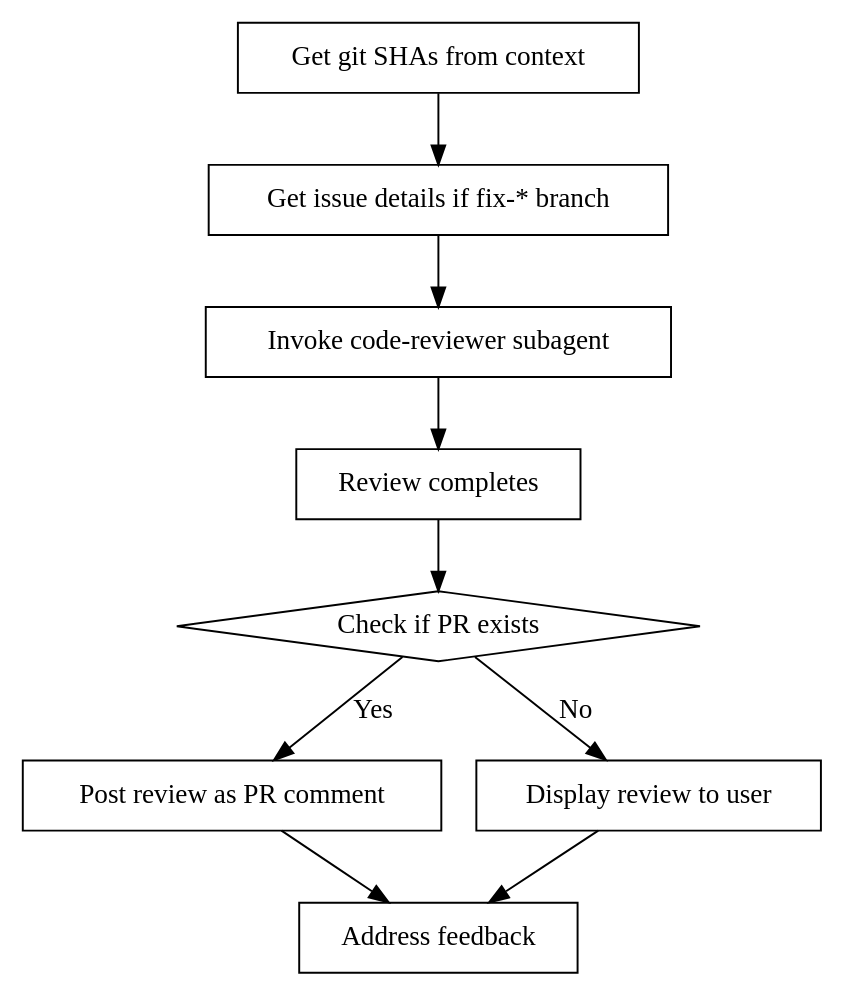
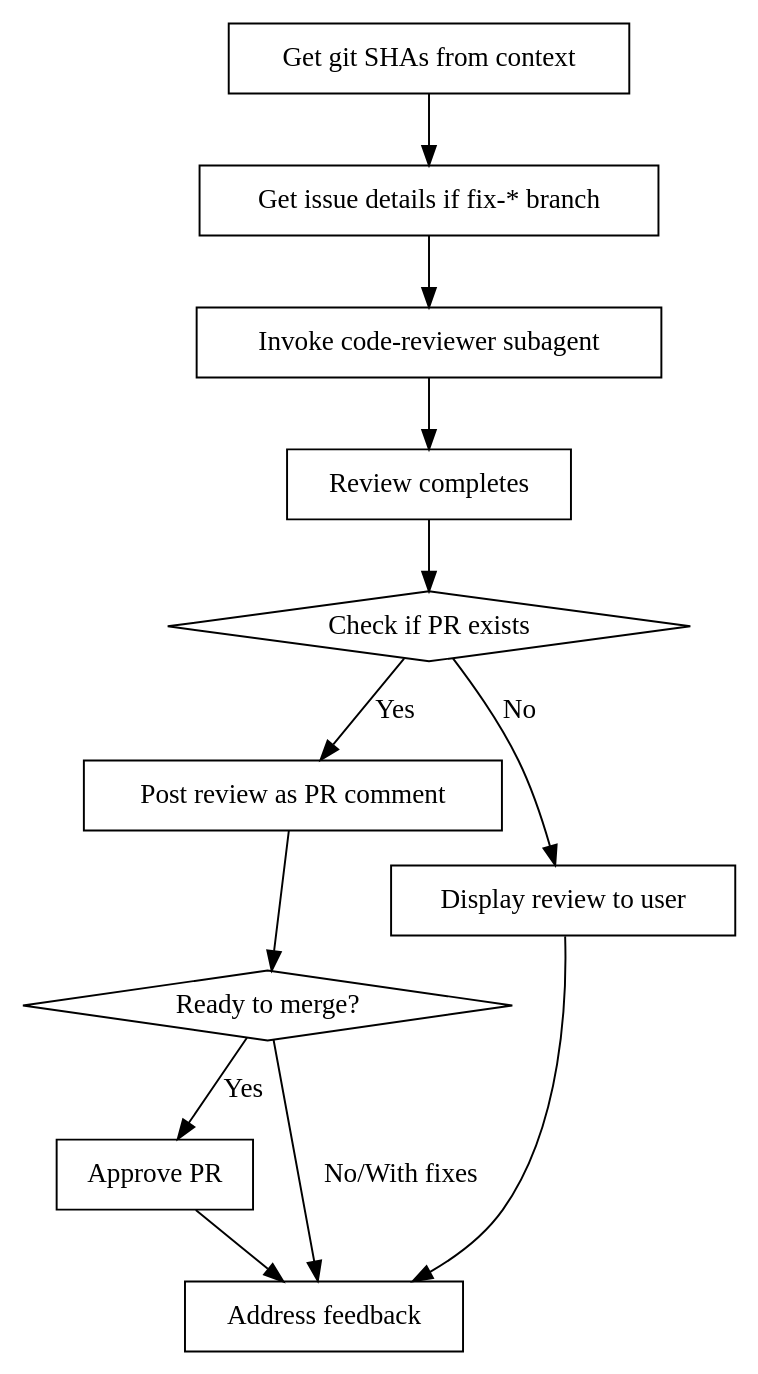
The diagram in commands/request-review.md (oalders/kitchen-sink), drawn with Graphviz before and after one commit. The commit also changed other lines of this file and 3 other files, not shown here.

````diff
--- a/commands/request-review.md
+++ b/commands/request-review.md
@@ -25,21 +25,26 @@
 ```dot
 digraph code_review {
     "Get git SHAs from context" [shape=box];
     "Get issue details if fix-* branch" [shape=box];
     "Invoke code-reviewer subagent" [shape=box];
     "Review completes" [shape=box];
     "Check if PR exists" [shape=diamond];
     "Post review as PR comment" [shape=box];
+    "Ready to merge?" [shape=diamond];
+    "Approve PR" [shape=box];
     "Display review to user" [shape=box];
     "Address feedback" [shape=box];
 
     "Get git SHAs from context" -> "Get issue details if fix-* branch";
     "Get issue details if fix-* branch" -> "Invoke code-reviewer subagent";
     "Invoke code-reviewer subagent" -> "Review completes";
     "Review completes" -> "Check if PR exists";
     "Check if PR exists" -> "Post review as PR comment" [label="Yes"];
     "Check if PR exists" -> "Display review to user" [label="No"];
-    "Post review as PR comment" -> "Address feedback";
+    "Post review as PR comment" -> "Ready to merge?";
+    "Ready to merge?" -> "Approve PR" [label="Yes"];
+    "Ready to merge?" -> "Address feedback" [label="No/With fixes"];
+    "Approve PR" -> "Address feedback";
     "Display review to user" -> "Address feedback";
 }
 ```
````
